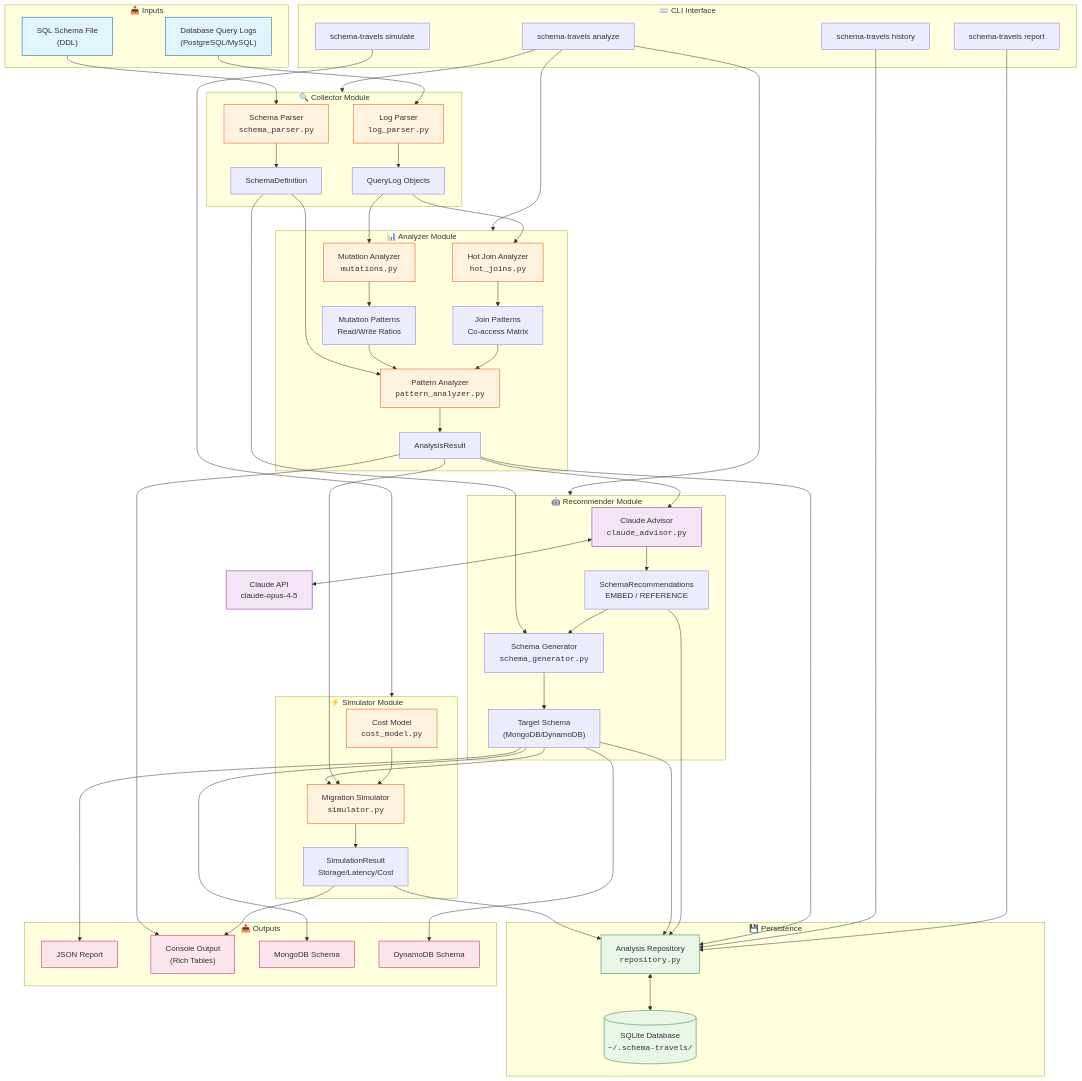
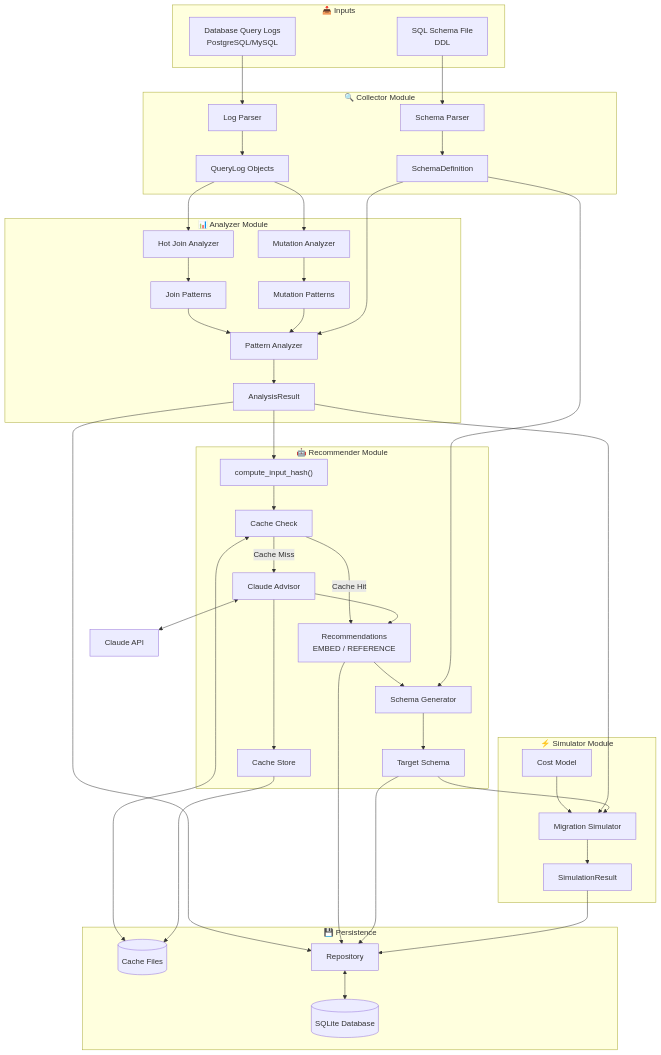
The second of 3 diagrams in ARCHITECTURE.md (kraghavan/schema-travels), drawn with Mermaid before and after one commit. The commit also changed other lines of this file and 12 other files, not shown here.

````diff
--- a/ARCHITECTURE.md
+++ b/ARCHITECTURE.md
@@ -1,67 +46,62 @@
 ```mermaid
 flowchart TB
     subgraph Inputs["📥 Inputs"]
-        LOGS["Database Query Logs<br/>(PostgreSQL/MySQL)"]
-        SCHEMA["SQL Schema File<br/>(DDL)"]
+        LOGS["Database Query Logs<br/>PostgreSQL/MySQL"]
+        SCHEMA["SQL Schema File<br/>DDL"]
     end
 
     subgraph Collector["🔍 Collector Module"]
-        LP["Log Parser<br/><code>log_parser.py</code>"]
-        SP["Schema Parser<br/><code>schema_parser.py</code>"]
+        LP["Log Parser"]
+        SP["Schema Parser"]
         LP --> QD["QueryLog Objects"]
         SP --> SD["SchemaDefinition"]
     end
 
     subgraph Analyzer["📊 Analyzer Module"]
-        HJ["Hot Join Analyzer<br/><code>hot_joins.py</code>"]
-        MA["Mutation Analyzer<br/><code>mutations.py</code>"]
-        PA["Pattern Analyzer<br/><code>pattern_analyzer.py</code>"]
+        HJ["Hot Join Analyzer"]
+        MA["Mutation Analyzer"]
+        PA["Pattern Analyzer"]
         
-        HJ --> JP["Join Patterns<br/>Co-access Matrix"]
-        MA --> MP["Mutation Patterns<br/>Read/Write Ratios"]
+        HJ --> JP["Join Patterns"]
+        MA --> MP["Mutation Patterns"]
         JP --> PA
         MP --> PA
         PA --> AR["AnalysisResult"]
     end
 
     subgraph Recommender["🤖 Recommender Module"]
-        CA["Claude Advisor<br/><code>claude_advisor.py</code>"]
-        SG["Schema Generator<br/><code>schema_generator.py</code>"]
+        HASH["compute_input_hash()"]
+        CC["Cache Check"]
+        CA["Claude Advisor"]
+        CS["Cache Store"]
+        SG["Schema Generator"]
         
-        CA --> REC["SchemaRecommendations<br/>EMBED / REFERENCE"]
+        HASH --> CC
+        CC -->|Cache Hit| REC
+        CC -->|Cache Miss| CA
+        CA --> REC["Recommendations<br/>EMBED / REFERENCE"]
+        CA --> CS
         REC --> SG
-        SG --> TS["Target Schema<br/>(MongoDB/DynamoDB)"]
+        SG --> TS["Target Schema"]
     end
 
     subgraph Simulator["⚡ Simulator Module"]
-        CM["Cost Model<br/><code>cost_model.py</code>"]
-        MS["Migration Simulator<br/><code>simulator.py</code>"]
+        CM["Cost Model"]
+        MS["Migration Simulator"]
         
         CM --> MS
-        MS --> SR["SimulationResult<br/>Storage/Latency/Cost"]
+        MS --> SR["SimulationResult"]
     end
 
     subgraph Persistence["💾 Persistence"]
-        DB[("SQLite Database<br/><code>~/.schema-travels/</code>")]
-        REPO["Analysis Repository<br/><code>repository.py</code>"]
+        DB[("SQLite Database")]
+        CACHE[("Cache Files")]
+        REPO["Repository"]
         REPO <--> DB
+        CC <--> CACHE
+        CS --> CACHE
     end
 
-    subgraph CLI["⌨️ CLI Interface"]
-        ANALYZE["schema-travels analyze"]
-        REPORT["schema-travels report"]
-        HISTORY["schema-travels history"]
-        SIMULATE["schema-travels simulate"]
-    end
-
-    subgraph Outputs["📤 Outputs"]
-        JSON["JSON Report"]
-        CONSOLE["Console Output<br/>(Rich Tables)"]
-        MONGO["MongoDB Schema"]
-        DYNAMO["DynamoDB Schema"]
-    end
-
-    %% Flow connections
     LOGS --> LP
     SCHEMA --> SP
     
@@ -70,44 +110,15 @@
     SD --> PA
     SD --> SG
     
-    AR --> CA
+    AR --> HASH
     AR --> MS
     TS --> MS
     
-    %% CLI connections
-    ANALYZE --> Collector
-    ANALYZE --> Analyzer
-    ANALYZE --> Recommender
-    SIMULATE --> Simulator
-    REPORT --> REPO
-    HISTORY --> REPO
-    
-    %% Output connections
     AR --> REPO
     REC --> REPO
     TS --> REPO
     SR --> REPO
-    
-    TS --> JSON
-    TS --> MONGO
-    TS --> DYNAMO
-    SR --> CONSOLE
-    AR --> CONSOLE
 
-    %% External API
-    CLAUDE_API["Claude API<br/>claude-opus-4-5"]
+    CLAUDE_API["Claude API"]
     CA <--> CLAUDE_API
-
-    %% Styling
-    classDef input fill:#e1f5fe,stroke:#01579b
-    classDef process fill:#fff3e0,stroke:#e65100
-    classDef ai fill:#f3e5f5,stroke:#7b1fa2
-    classDef storage fill:#e8f5e9,stroke:#2e7d32
-    classDef output fill:#fce4ec,stroke:#c2185b
-    
-    class LOGS,SCHEMA input
-    class LP,SP,HJ,MA,PA,CM,MS process
-    class CA,CLAUDE_API ai
-    class DB,REPO storage
-    class JSON,CONSOLE,MONGO,DYNAMO output
 ```
````
